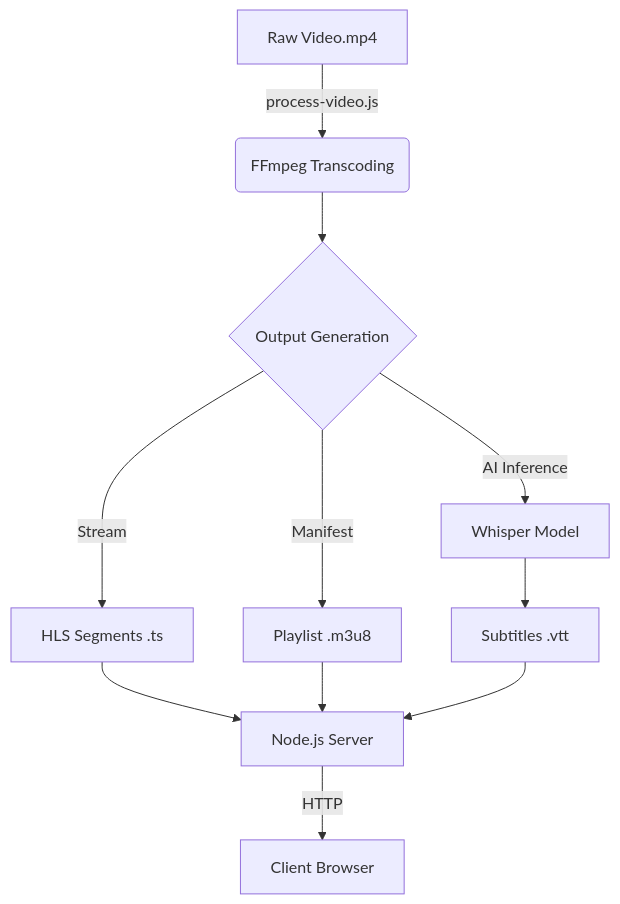
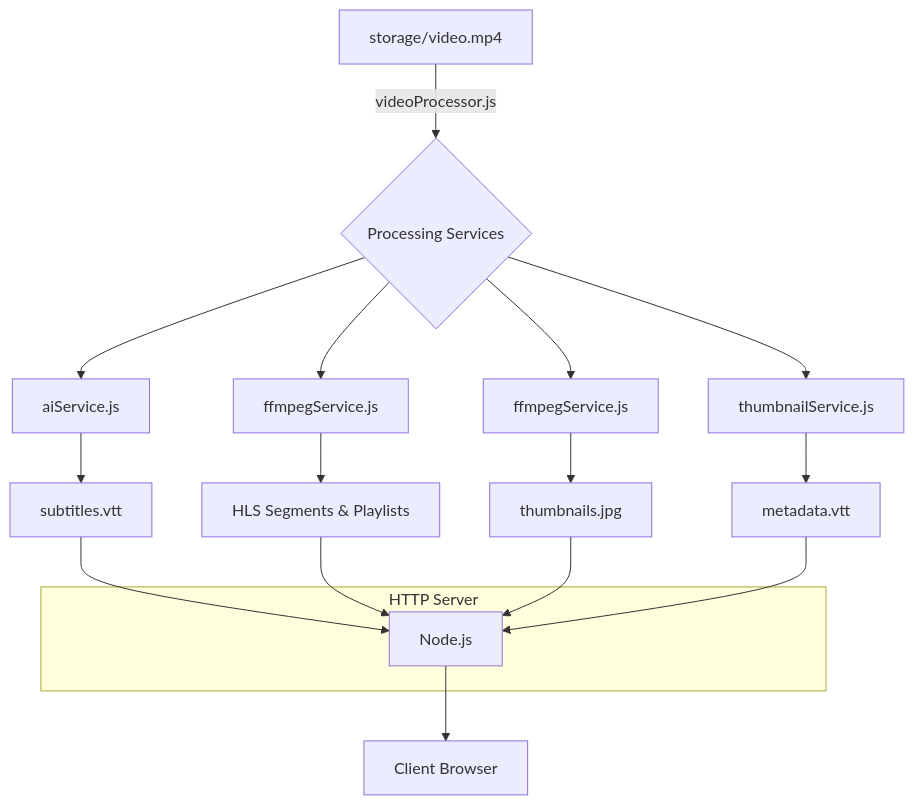
One commit to Taophycc/Video-streaming-server changed the diagram in README.md. Above: the diagram before and after it, drawn with Mermaid. The commit also changed other lines of this file and 18 other files, not shown here.

````diff
--- a/README.md
+++ b/README.md
@@ -19,11 +17,19 @@
 ```mermaid
 graph TD
-    A[Raw Video.mp4] -->|process-video.js| B(FFmpeg Transcoding)
-    B --> C{Output Generation}
-    C -->|Stream| D[HLS Segments .ts]
-    C -->|Manifest| E[Playlist .m3u8]
-    C -->|AI Inference| F[Whisper Model]
-    F --> G[Subtitles .vtt]
-    D & E & G --> H[Node.js Server]
-    H -->|HTTP| I[Client Browser]
+    A[storage/video.mp4] -->|videoProcessor.js| B{Processing Services};
+    B --> C[aiService.js] --> D[subtitles.vtt];
+    B --> E[ffmpegService.js] --> F[HLS Segments & Playlists];
+    B --> G[ffmpegService.js] --> H[thumbnails.jpg];
+    B --> I[thumbnailService.js] --> J[metadata.vtt];
+
+    subgraph "HTTP Server"
+        K[Node.js]
+    end
+
+    D --> K;
+    F --> K;
+    H --> K;
+    J --> K;
+
+    K --> L[Client Browser];
 ```
````
